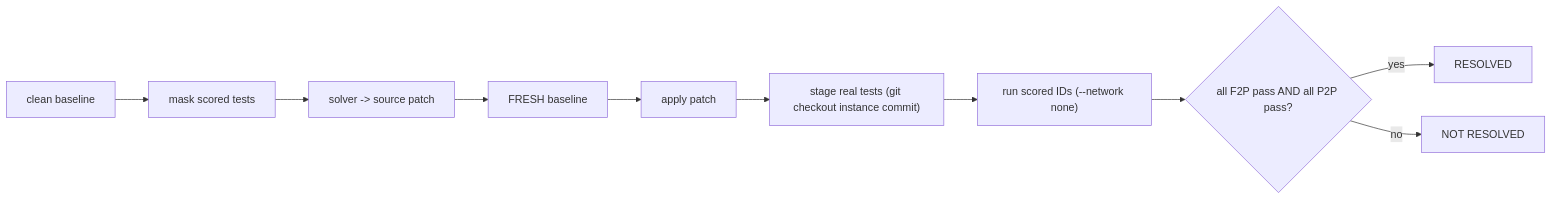
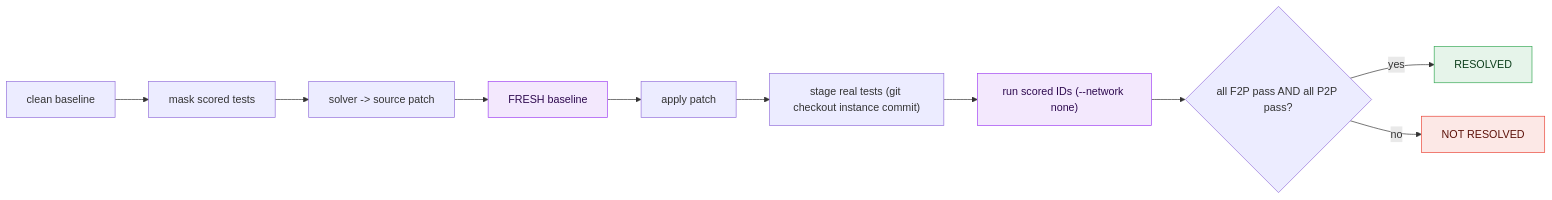
The second of 3 diagrams in README.md (NemMehta/Theta-Take-Home-Challenge), drawn with Mermaid before and after one commit. The commit also changed other lines of this file, not shown here.

Commit message:
Polish README: badges, themed diagrams, alert callouts; add repo topics

````diff
--- a/README.md
+++ b/README.md
@@ -35,12 +48,20 @@
 ```mermaid
 flowchart LR
   A["clean baseline"] --> B["mask scored tests"]
   B --> C["solver -> source patch"]
   C --> D["FRESH baseline"]
   D --> E["apply patch"]
   E --> F["stage real tests (git checkout instance commit)"]
   F --> G["run scored IDs (--network none)"]
   G --> H{"all F2P pass AND all P2P pass?"}
   H -- yes --> R["RESOLVED"]
   H -- no --> N["NOT RESOLVED"]
+  classDef host fill:#E8F0FE,stroke:#4285F4,color:#0b1f44;
+  classDef container fill:#FEF7E0,stroke:#F9AB00,color:#3d2c00;
+  classDef ok fill:#E6F4EA,stroke:#34A853,color:#0b3d1a;
+  classDef bad fill:#FCE8E6,stroke:#EA4335,color:#5c1109;
+  classDef key fill:#F3E8FD,stroke:#A142F4,color:#2e0a4f;
+  class R ok;
+  class N bad;
+  class D,G key;
 ```
````
